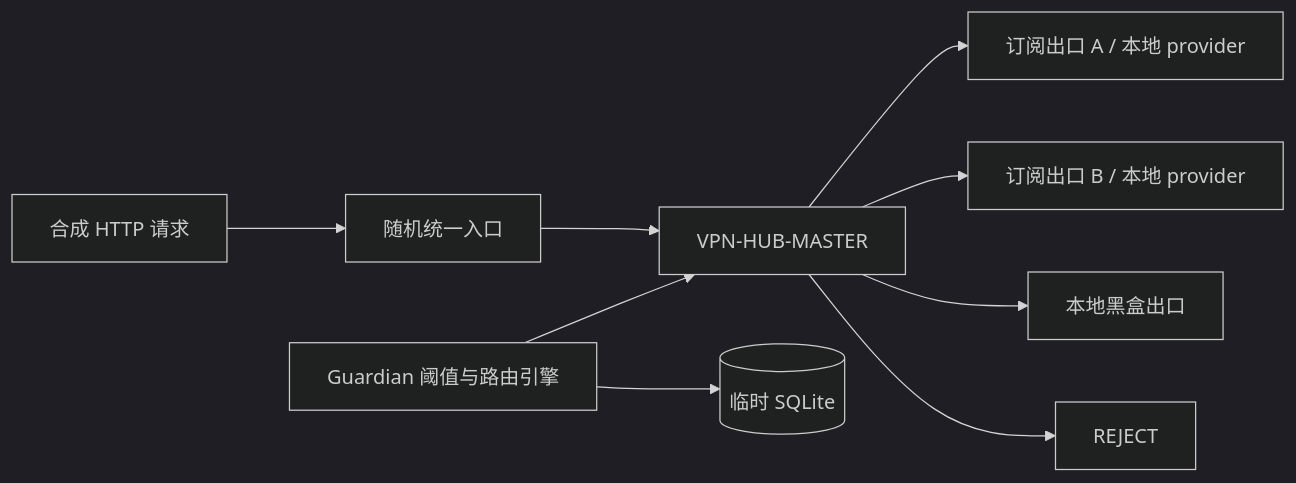
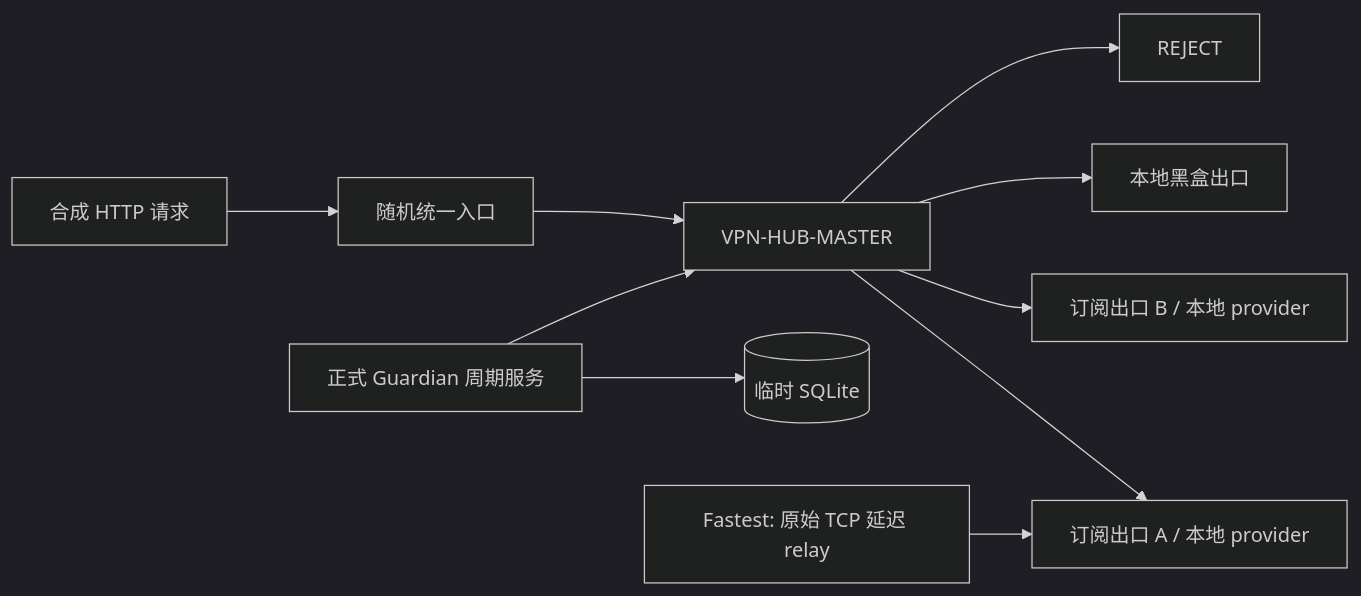
One commit to coconilu/vpn-hub changed the diagram in docs/issue-5-dynamic-fault-acceptance.md. Above: the diagram before and after it, drawn with Mermaid (dark theme). The commit also changed other lines of this file and 7 other files, not shown here.

````diff
--- a/docs/issue-5-dynamic-fault-acceptance.md
+++ b/docs/issue-5-dynamic-fault-acceptance.md
@@ -7,11 +7,12 @@
 ```mermaid
 flowchart LR
     Request["合成 HTTP 请求"] --> Entry["随机统一入口"]
     Entry --> Master["VPN-HUB-MASTER"]
     Master --> SubA["订阅出口 A / 本地 provider"]
     Master --> SubB["订阅出口 B / 本地 provider"]
     Master --> Local["本地黑盒出口"]
     Master --> Reject["REJECT"]
-    Guardian["Guardian 阈值与路由引擎"] --> Master
+    Guardian["正式 Guardian 周期服务"] --> Master
     Guardian --> DB[("临时 SQLite")]
+    Relay["Fastest: 原始 TCP 延迟 relay"] --> SubA
 ```
````
